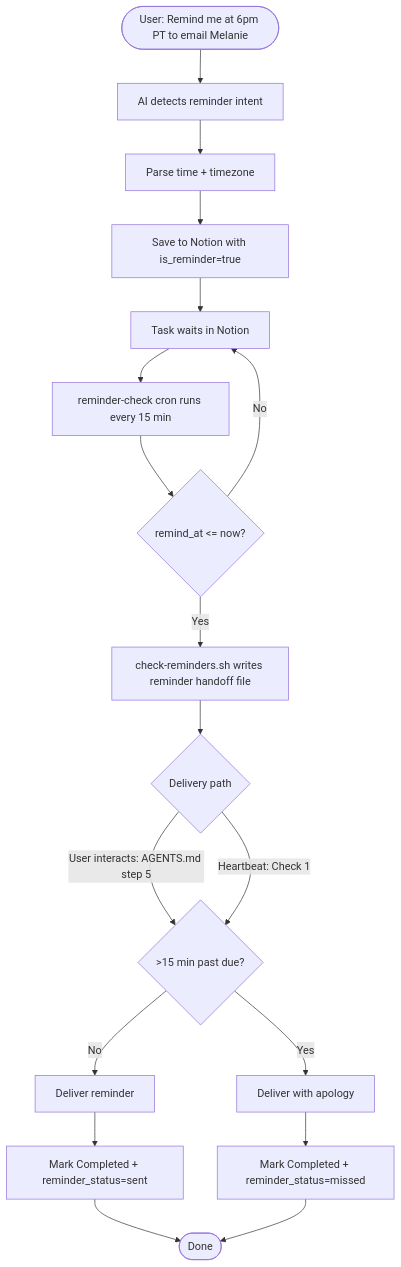
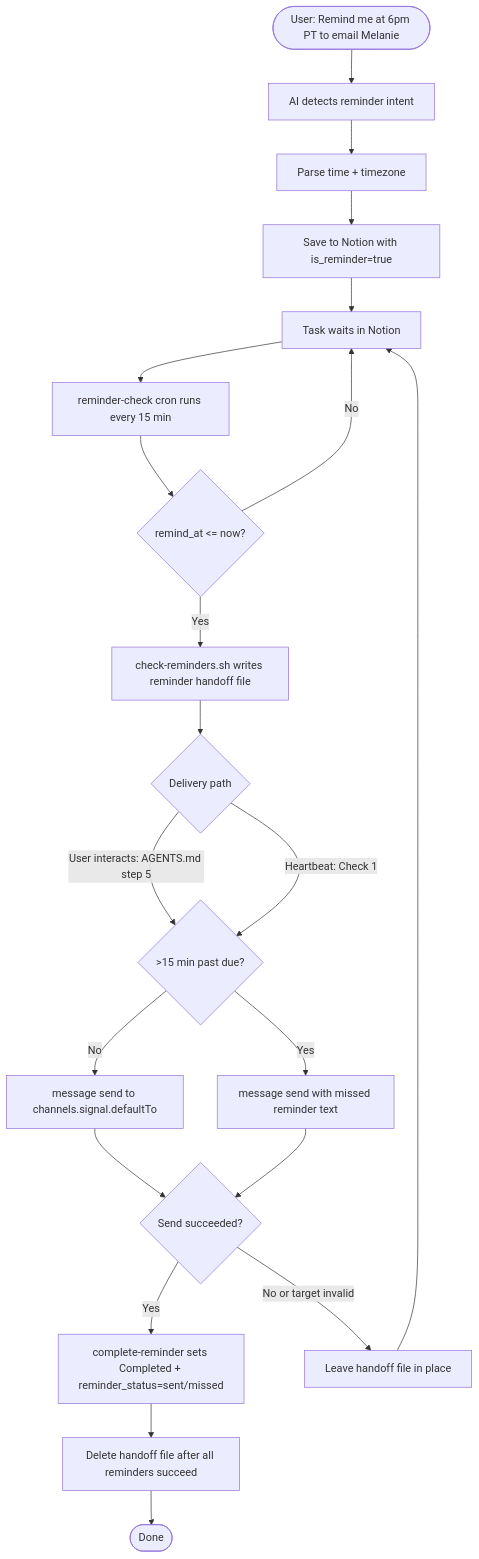
Before and after one commit to NickBorgersProbably/hide-my-list: diagram 28 of 29 in docs/task-lifecycle.md, drawn with Mermaid. The commit also changed other lines of this file and 9 other files, not shown here.

````diff
--- a/docs/task-lifecycle.md
+++ b/docs/task-lifecycle.md
@@ -928,24 +928,26 @@
 ```mermaid
 flowchart TD
     Intake([User: Remind me at 6pm PT to email Melanie]) --> Detect[AI detects reminder intent]
     Detect --> Parse[Parse time + timezone]
     Parse --> Save[Save to Notion with is_reminder=true]
 
     Save --> Wait[Task waits in Notion]
     Wait --> Cron[reminder-check cron runs every 15 min]
     Cron --> Due{remind_at <= now?}
     Due -->|No| Wait
     Due -->|Yes| Signal[check-reminders.sh writes reminder handoff file]
     Signal --> Delivery{Delivery path}
     Delivery -->|User interacts: AGENTS.md step 5| Late{>15 min past due?}
     Delivery -->|Heartbeat: Check 1| Late
 
-    Late -->|No| Send[Deliver reminder]
-    Late -->|Yes| SendMissed[Deliver with apology]
+    Late -->|No| Send[message send to channels.signal.defaultTo]
+    Late -->|Yes| SendMissed[message send with missed reminder text]
 
-    Send --> Complete[Mark Completed + reminder_status=sent]
-    SendMissed --> Complete2[Mark Completed + reminder_status=missed]
-
-    Complete --> Done([Done])
-    Complete2 --> Done
+    Send --> Success{Send succeeded?}
+    SendMissed --> Success
+    Success -->|Yes| Complete[complete-reminder sets Completed + reminder_status=sent/missed]
+    Complete --> Cleanup[Delete handoff file after all reminders succeed]
+    Cleanup --> Done([Done])
+    Success -->|No or target invalid| Retry[Leave handoff file in place]
+    Retry --> Wait
 ```
````
